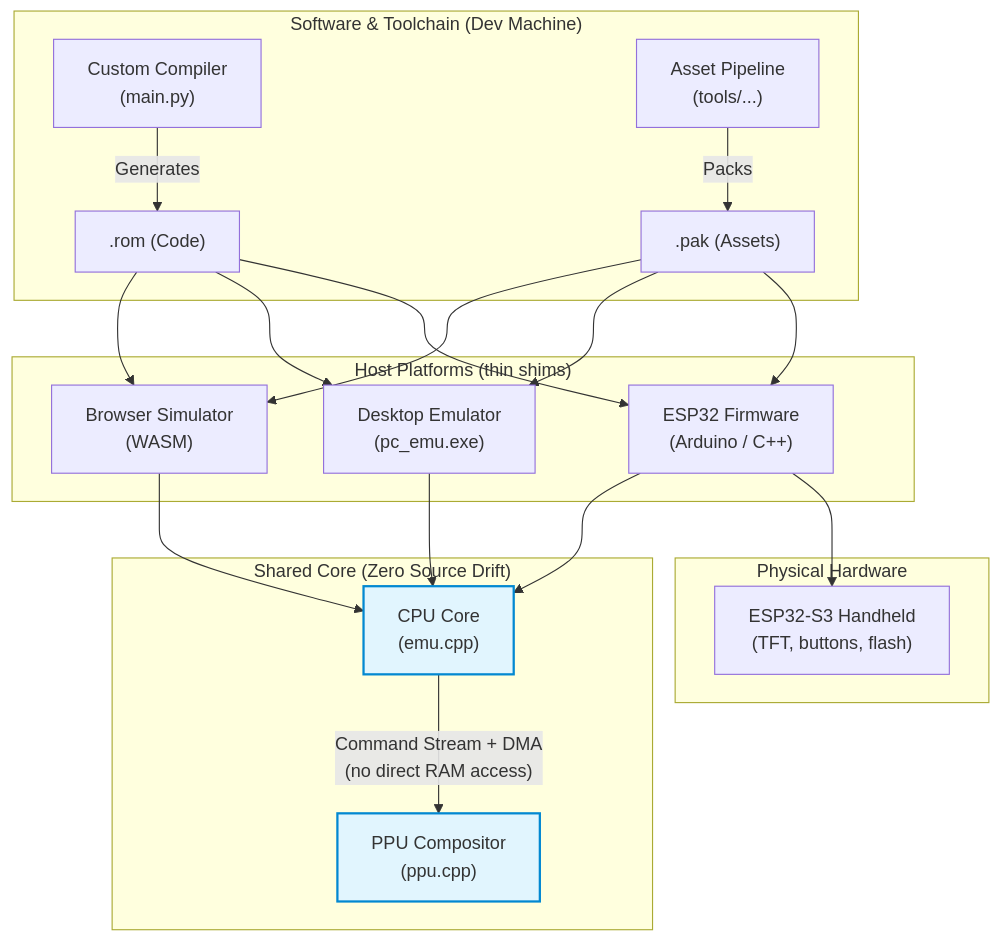
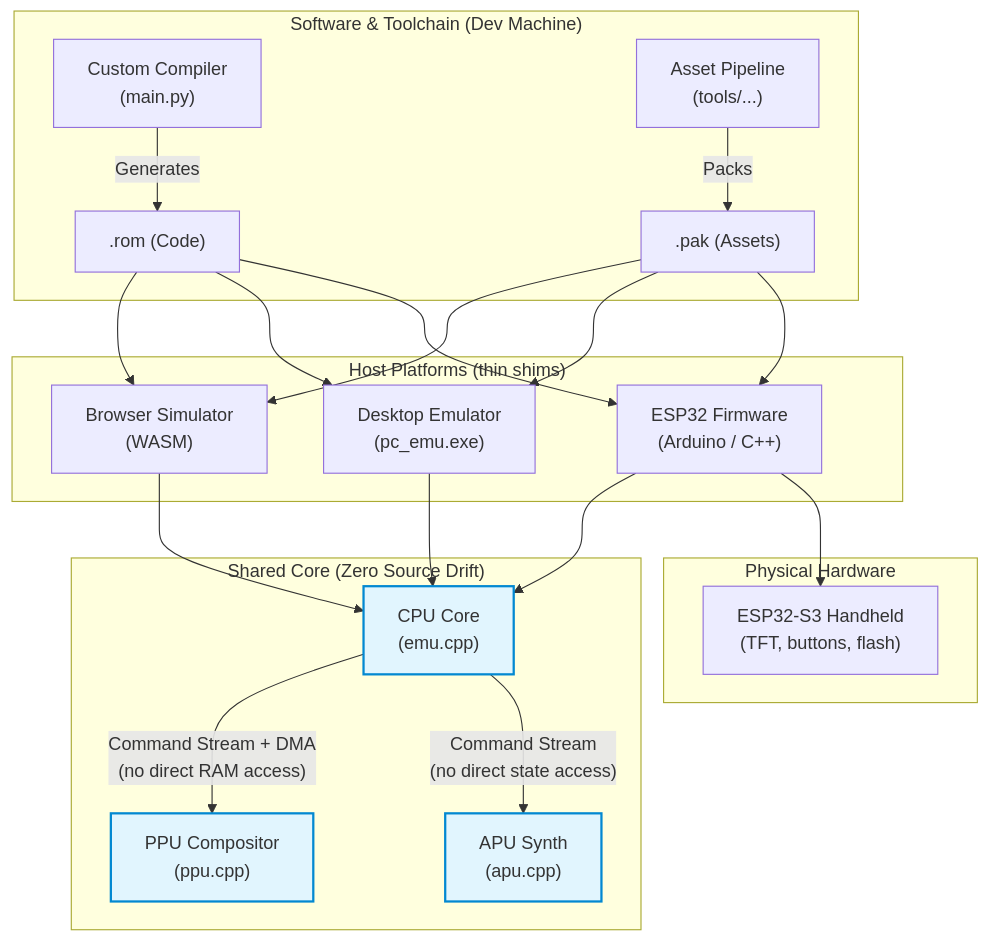
Before and after one commit to hamxxaa/toy-compiler-custom-emu16: the diagram in README.md, drawn with Mermaid. The commit also changed other lines of this file, not shown here.

````diff
--- a/README.md
+++ b/README.md
@@ -48,38 +50,40 @@
 ```mermaid
 graph TD
     subgraph Software ["Software & Toolchain (Dev Machine)"]
         Compiler["Custom Compiler<br/>(main.py)"] -->|Generates| ROM[".rom (Code)"]
         Tools["Asset Pipeline<br/>(tools/...)"] -->|Packs| PAK[".pak (Assets)"]
     end
 
     subgraph Core ["Shared Core (Zero Source Drift)"]
         CPU["CPU Core<br/>(emu.cpp)"]
         PPU["PPU Compositor<br/>(ppu.cpp)"]
+        APU["APU Synth<br/>(apu.cpp)"]
         CPU -- "Command Stream + DMA<br/>(no direct RAM access)" --> PPU
+        CPU -- "Command Stream<br/>(no direct state access)" --> APU
     end
 
     subgraph Hosts ["Host Platforms (thin shims)"]
         WASM["Browser Simulator<br/>(WASM)"]
         PC["Desktop Emulator<br/>(pc_emu.exe)"]
         ESP["ESP32 Firmware<br/>(Arduino / C++)"]
     end
 
     ROM --> WASM
     ROM --> PC
     ROM --> ESP
     PAK --> WASM
     PAK --> PC
     PAK --> ESP
 
     WASM --> CPU
     PC --> CPU
     ESP --> CPU
 
     subgraph Hardware ["Physical Hardware"]
         Device["ESP32-S3 Handheld<br/>(TFT, buttons, flash)"]
     end
     ESP --> Device
 
     classDef core fill:#e1f5fe,stroke:#0288d1,stroke-width:2px;
-    class CPU,PPU core;
+    class CPU,PPU,APU core;
 ```
````
